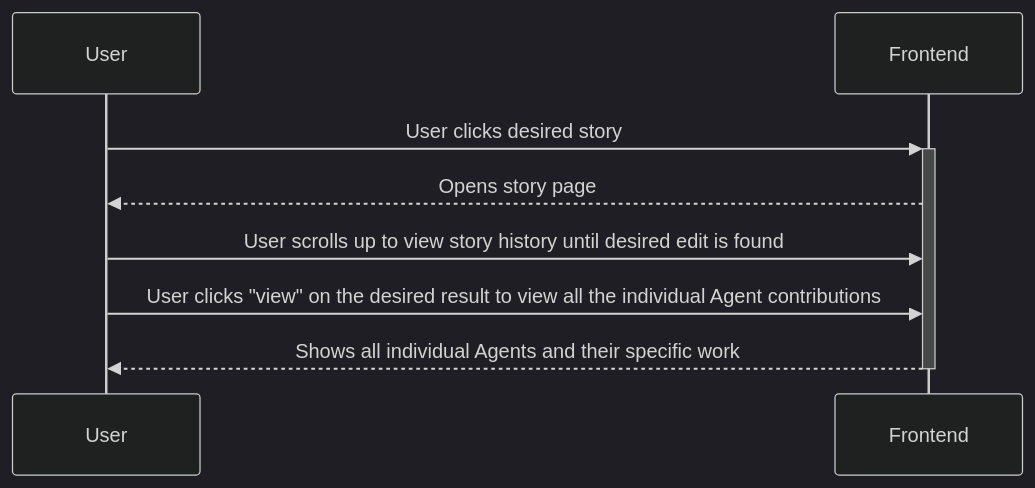
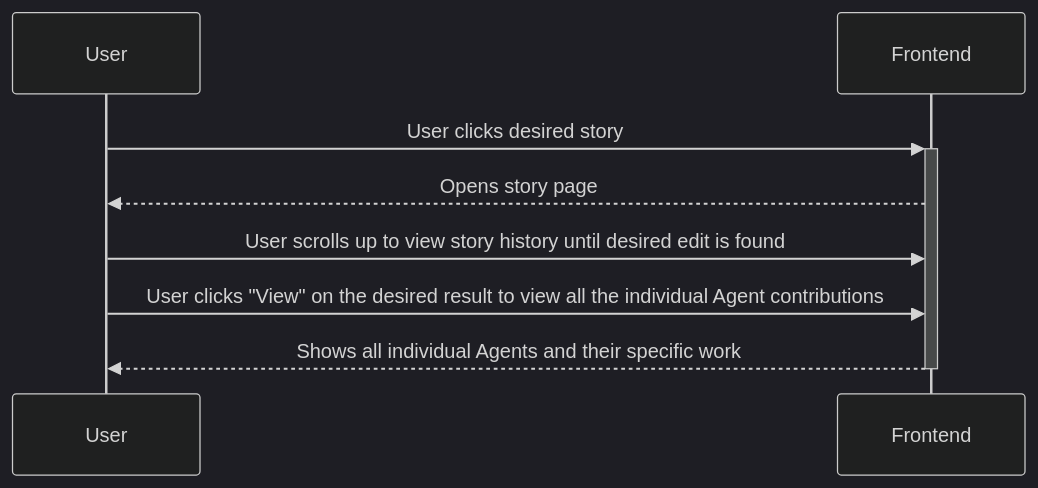
Before and after one commit to Capstone-Projects-2025-Spring/project-003-story-builder-team-1: the fourth of 7 diagrams in documentation/docs/system-architecture/sequence-diagrams.md, drawn with Mermaid (dark theme). The commit also changed other lines of this file, not shown here.

Commit message:
Replaced initial writing process sequence diagram with agent generation sequence diagram

````diff
--- a/documentation/docs/system-architecture/sequence-diagrams.md
+++ b/documentation/docs/system-architecture/sequence-diagrams.md
@@ -106,10 +87,10 @@
 ```mermaid
 sequenceDiagram
     participant User
     participant Frontend
     User->>+Frontend: User clicks desired story
     Frontend-->>User: Opens story page
     User->>Frontend: User scrolls up to view story history until desired edit is found
-    User->>Frontend: User clicks "view" on the desired result to view all the individual Agent contributions
+    User->>Frontend: User clicks "View" on the desired result to view all the individual Agent contributions
     Frontend-->>-User: Shows all individual Agents and their specific work
 ```
````
